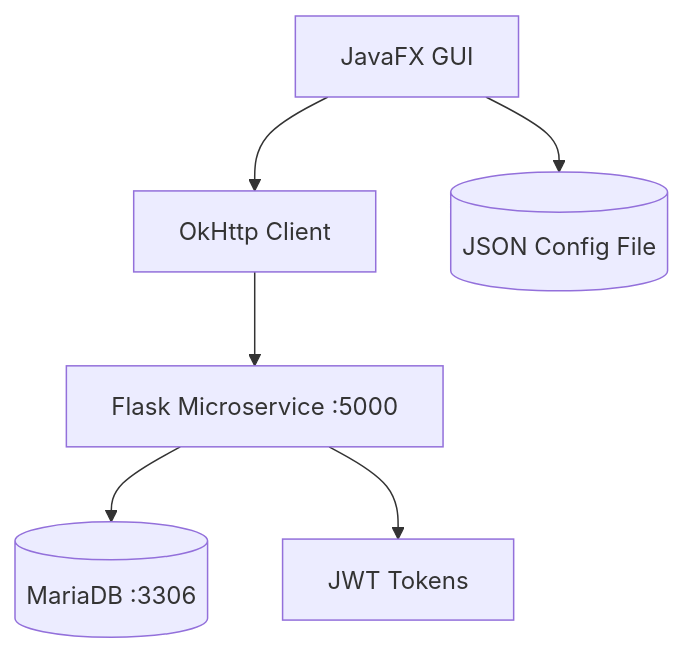
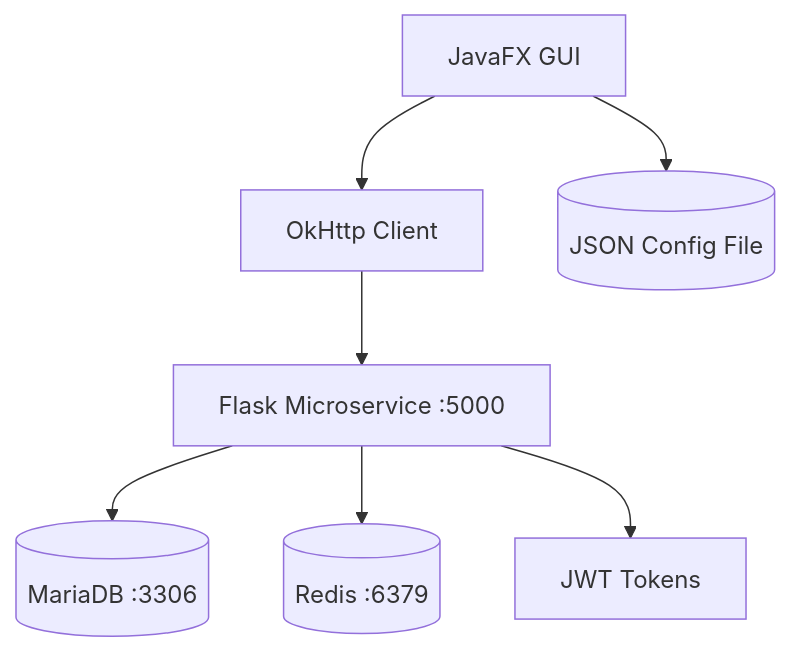
Before and after one commit to bryramirezp/Cliente-Java-GUI-Microservicio-JWT: the first of 2 diagrams in README.md, drawn with Mermaid. The commit also changed other lines of this file, not shown here.

````diff
--- a/README.md
+++ b/README.md
@@ -18,8 +18,9 @@
 ```mermaid
 graph TB
     A[JavaFX GUI] --> B[OkHttp Client]
     B --> C[Flask Microservice :5000]
     C --> D[(MariaDB :3306)]
-    C --> E[JWT Tokens]
-    A --> F[(JSON Config File)]
+    C --> E[(Redis :6379)]
+    C --> F[JWT Tokens]
+    A --> G[(JSON Config File)]
 ```
````
